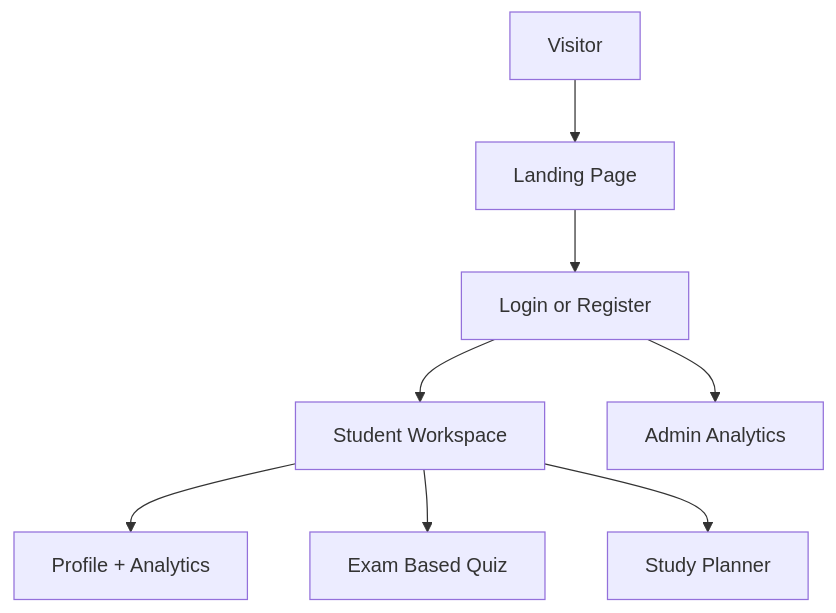
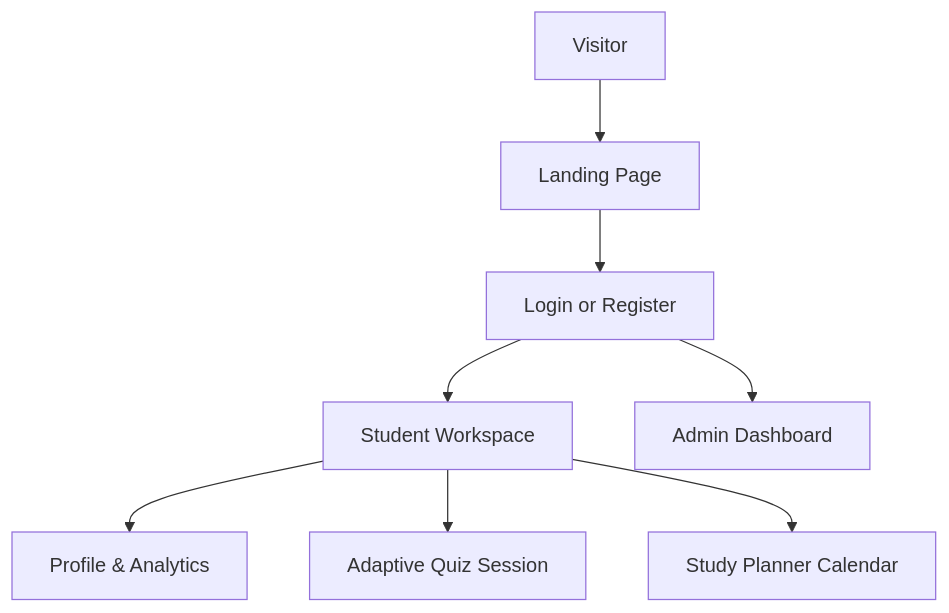
The first of 2 diagrams in README.md (samakshrastogi/SK-Quiz), drawn with Mermaid before and after one commit. The commit also changed other lines of this file and 4 other files, not shown here.

````diff
--- a/README.md
+++ b/README.md
@@ -52,10 +47,10 @@
 ```mermaid
 flowchart TD
   Visitor["Visitor"] --> Landing["Landing Page"]
   Landing --> Auth["Login or Register"]
   Auth --> Student["Student Workspace"]
-  Student --> Profile["Profile + Analytics"]
-  Student --> Quiz["Exam Based Quiz"]
-  Student --> Planner["Study Planner"]
-  Auth --> Admin["Admin Analytics"]
+  Student --> Profile["Profile & Analytics"]
+  Student --> Quiz["Adaptive Quiz Session"]
+  Student --> Planner["Study Planner Calendar"]
+  Auth --> Admin["Admin Dashboard"]
 ```
````
